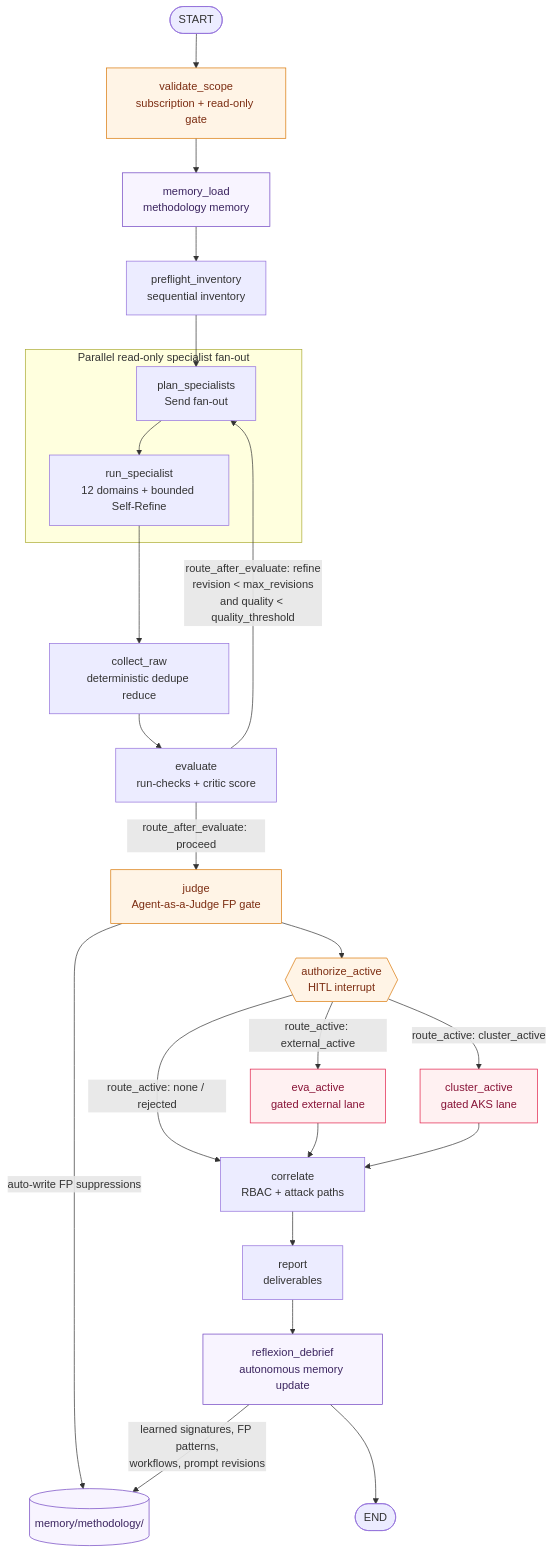
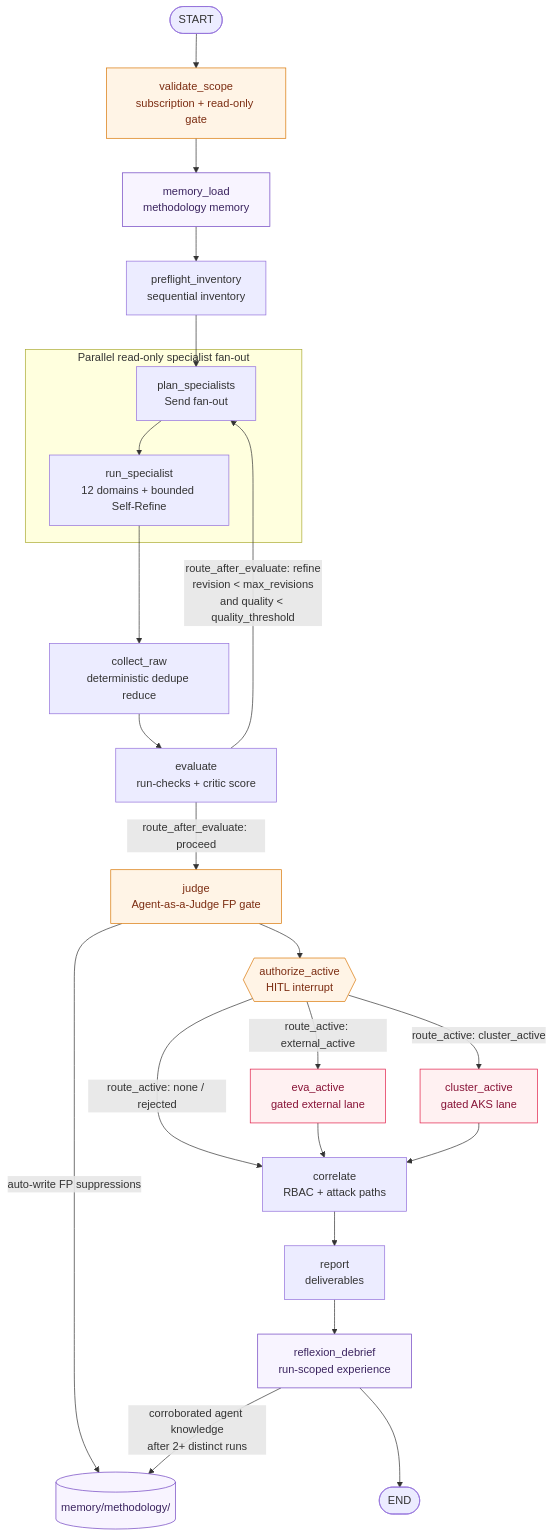
Before and after one commit to Contoso-State/red-team-agent-orchestration: the first of 2 diagrams in README.md, drawn with Mermaid. The commit also changed other lines of this file and 9 other files, not shown here.

````diff
--- a/README.md
+++ b/README.md
@@ -75,36 +75,36 @@
 ```mermaid
 graph TD
     START([START]) --> VS[validate_scope<br/>subscription + read-only gate]
     VS --> ML[memory_load<br/>methodology memory]
     ML --> PI[preflight_inventory<br/>sequential inventory]
     PI --> PS[plan_specialists<br/>Send fan-out]
 
     subgraph Fanout[Parallel read-only specialist fan-out]
         PS --> RS[run_specialist<br/>12 domains + bounded Self-Refine]
     end
 
     RS --> CR[collect_raw<br/>deterministic dedupe reduce]
     CR --> EV[evaluate<br/>run-checks + critic score]
 
     EV -->|route_after_evaluate: refine<br/>revision < max_revisions<br/>and quality < quality_threshold| PS
     EV -->|route_after_evaluate: proceed| J[judge<br/>Agent-as-a-Judge FP gate]
 
     J -->|auto-write FP suppressions| MW[(memory/methodology/)]
     J --> AA{{authorize_active<br/>HITL interrupt}}
     AA -->|route_active: external_active| EVA[eva_active<br/>gated external lane]
     AA -->|route_active: cluster_active| CA[cluster_active<br/>gated AKS lane]
     AA -->|route_active: none / rejected| CO[correlate<br/>RBAC + attack paths]
     EVA --> CO
     CA --> CO
     CO --> RP[report<br/>deliverables]
-    RP --> RD[reflexion_debrief<br/>autonomous memory update]
-    RD -->|learned signatures, FP patterns,<br/>workflows, prompt revisions| MW
+    RP --> RD[reflexion_debrief<br/>run-scoped experience]
+    RD -->|corroborated agent knowledge<br/>after 2+ distinct runs| MW
     RD --> END([END])
 
     classDef memory fill:#f8f4ff,stroke:#6f42c1,color:#3b245f;
     classDef gate fill:#fff4e6,stroke:#d97706,color:#7c2d12;
     classDef active fill:#fff1f2,stroke:#e11d48,color:#881337;
     class ML,MW,RD memory;
     class VS,AA,J gate;
     class EVA,CA active;
 ```
````
